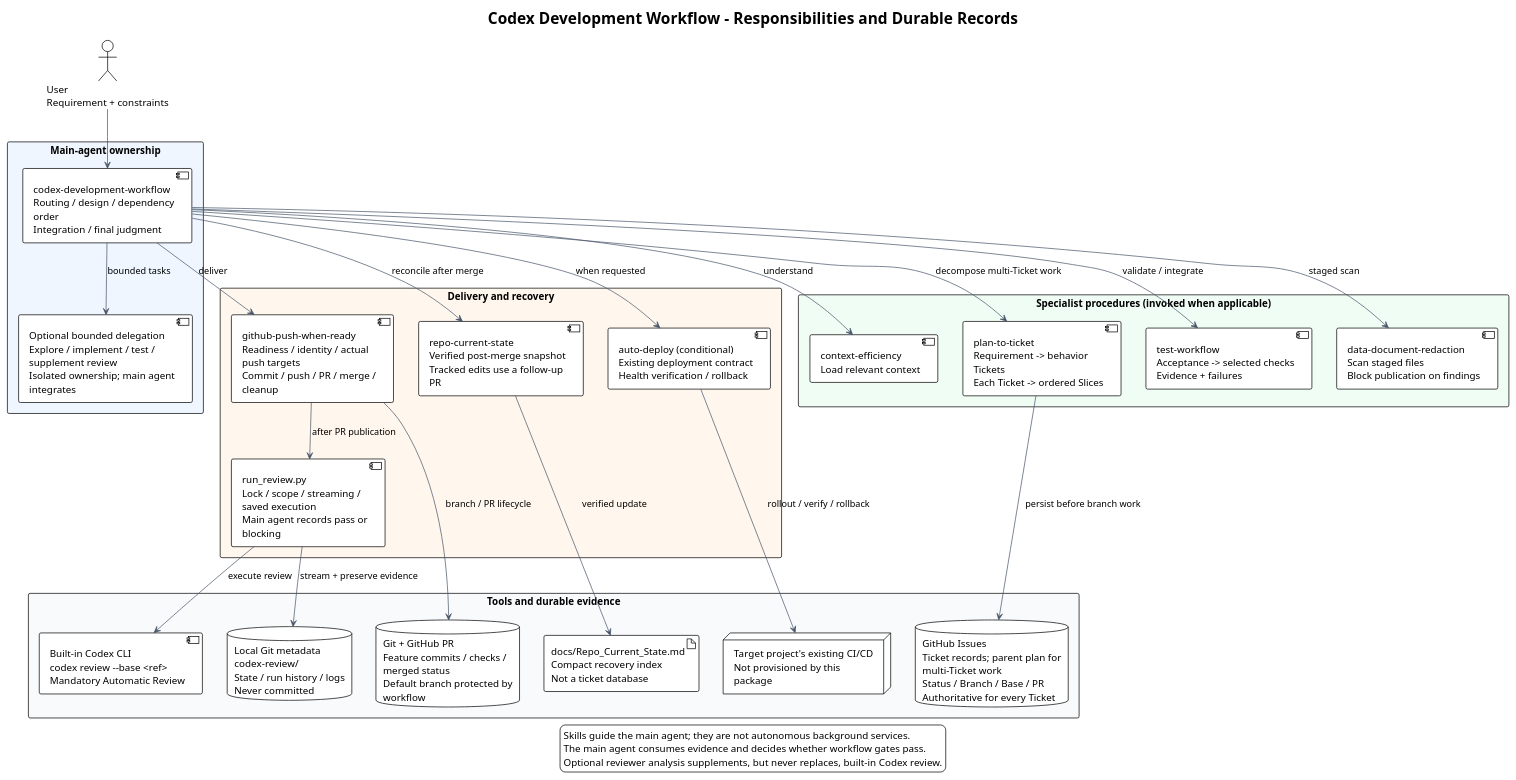
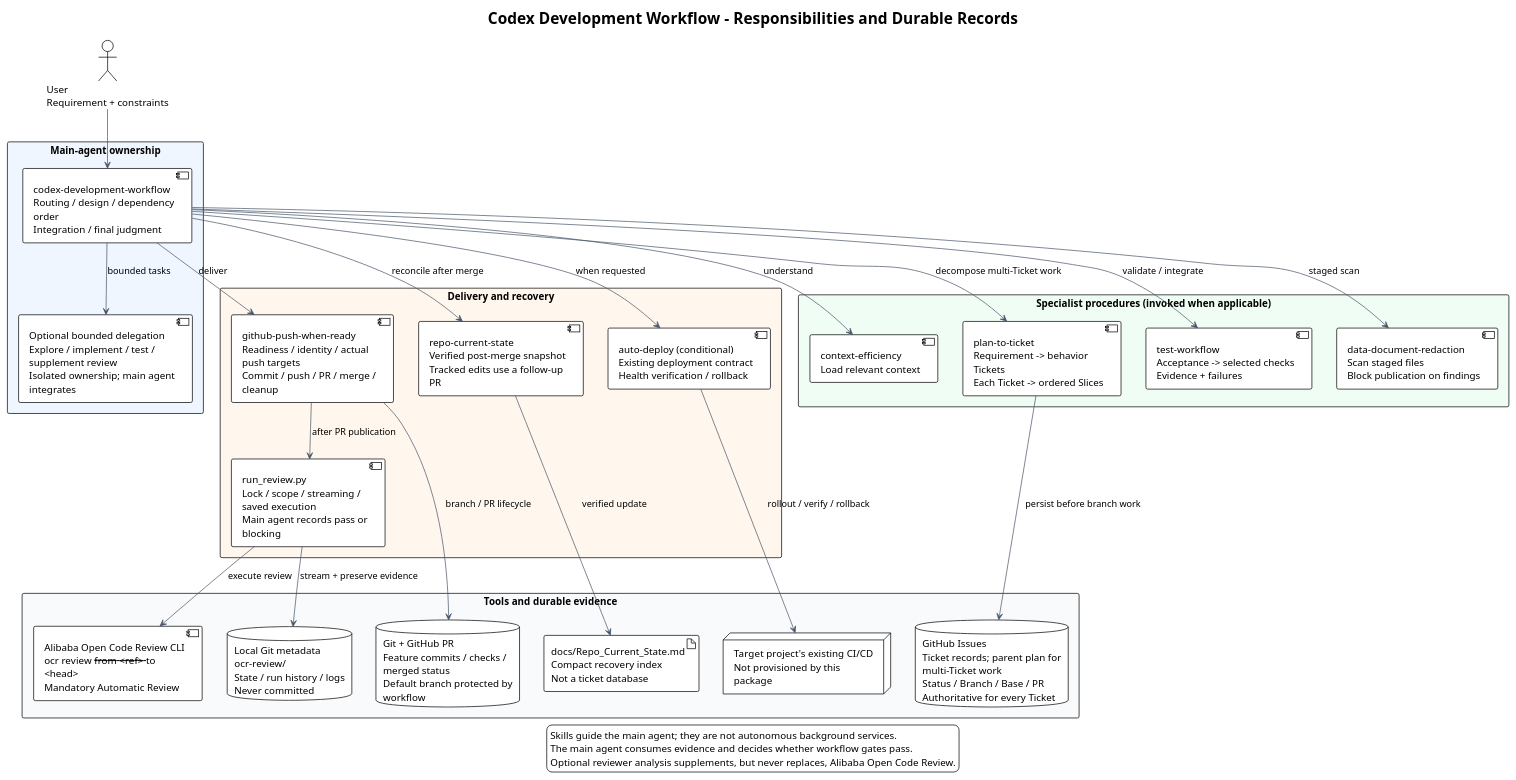
The diagram in docs/diagrams/components.puml (i-zrhe2016/codex-development-workflow), drawn with PlantUML before and after one commit. The commit also changed 17 other files, not shown here.

Commit message:
feat(review): switch automatic review to open code review

```diff
--- a/docs/diagrams/components.puml
+++ b/docs/diagrams/components.puml
@@ -1,58 +1,58 @@
 @startuml
 !theme plain
 top to bottom direction
 skinparam defaultFontName Arial
 skinparam shadowing false
 skinparam packageStyle rectangle
 skinparam wrapWidth 210
 skinparam ArrowColor #475569
 title Codex Development Workflow - Responsibilities and Durable Records
 
 actor "User\nRequirement + constraints" as user
 package "Main-agent ownership" #EFF6FF {
   component "codex-development-workflow\nRouting / design / dependency order\nIntegration / final judgment" as main
   component "Optional bounded delegation\nExplore / implement / test / supplement review\nIsolated ownership; main agent integrates" as delegates
 }
 package "Specialist procedures (invoked when applicable)" #F0FDF4 {
   component "context-efficiency\nLoad relevant context" as context
   component "plan-to-ticket\nRequirement -> behavior Tickets\nEach Ticket -> ordered Slices" as plan
   component "test-workflow\nAcceptance -> selected checks\nEvidence + failures" as tests
   component "data-document-redaction\nScan staged files\nBlock publication on findings" as redact
 }
 package "Delivery and recovery" #FFF7ED {
   component "github-push-when-ready\nReadiness / identity / actual push targets\nCommit / push / PR / merge / cleanup" as publish
   component "run_review.py\nLock / scope / streaming / saved execution\nMain agent records pass or blocking" as runner
   component "repo-current-state\nVerified post-merge snapshot\nTracked edits use a follow-up PR" as state
   component "auto-deploy (conditional)\nExisting deployment contract\nHealth verification / rollback" as deploy
 }
 package "Tools and durable evidence" #F8FAFC {
   database "GitHub Issues\nTicket records; parent plan for\nmulti-Ticket work\nStatus / Branch / Base / PR\nAuthoritative for every Ticket" as issues
   database "Git + GitHub PR\nFeature commits / checks / merged status\nDefault branch protected by workflow" as github
-  component "Built-in Codex CLI\ncodex review --base <ref>\nMandatory Automatic Review" as cli
-  database "Local Git metadata\ncodex-review/\nState / run history / logs\nNever committed" as logs
+  component "Alibaba Open Code Review CLI\nocr review --from <ref> --to <head>\nMandatory Automatic Review" as cli
+  database "Local Git metadata\nocr-review/\nState / run history / logs\nNever committed" as logs
   artifact "docs/Repo_Current_State.md\nCompact recovery index\nNot a ticket database" as snapshot
   node "Target project's existing CI/CD\nNot provisioned by this package" as cicd
 }
 
 user --> main
 main --> delegates : bounded tasks
 main --> context : understand
 main --> plan : decompose multi-Ticket work
 main --> tests : validate / integrate
 main --> redact : staged scan
 main --> publish : deliver
 main --> state : reconcile after merge
 main --> deploy : when requested
 plan --> issues : persist before branch work
 publish --> github : branch / PR lifecycle
 publish --> runner : after PR publication
 runner --> cli : execute review
 runner --> logs : stream + preserve evidence
 state --> snapshot : verified update
 deploy --> cicd : rollout / verify / rollback
 legend bottom
 Skills guide the main agent; they are not autonomous background services.
 The main agent consumes evidence and decides whether workflow gates pass.
-Optional reviewer analysis supplements, but never replaces, built-in Codex review.
+Optional reviewer analysis supplements, but never replaces, Alibaba Open Code Review.
 endlegend
 @enduml
```
